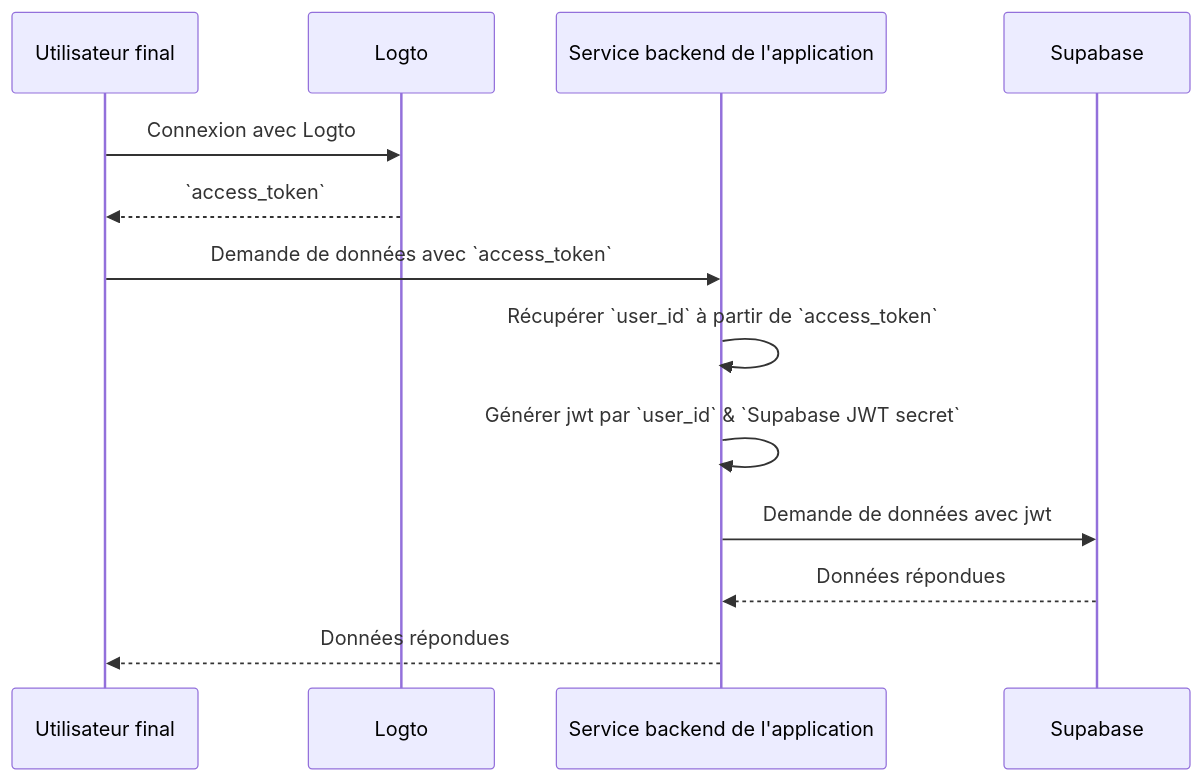
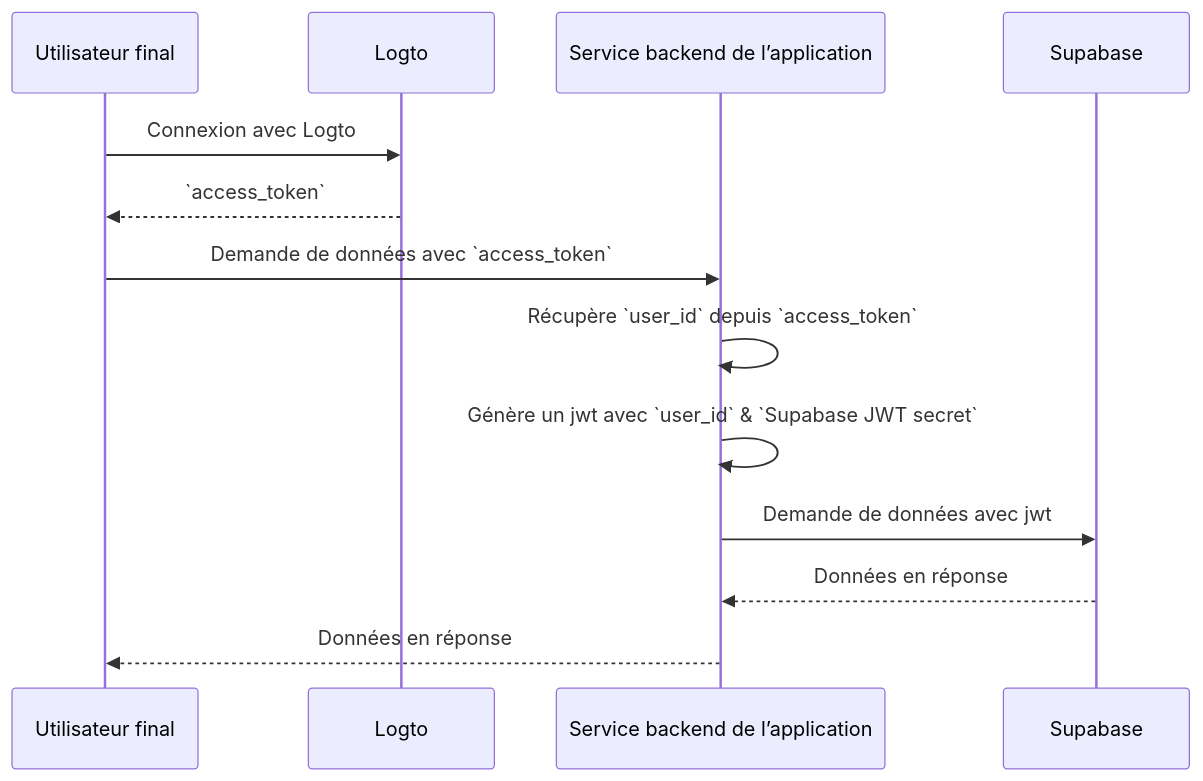
The diagram in i18n/fr/docusaurus-plugin-content-docs/current/quick-starts/database/supabase/README.mdx (logto-io/docs), drawn with Mermaid before and after one commit. The commit also changed other lines of this file and 357 other files, not shown here.

````diff
--- a/i18n/fr/docusaurus-plugin-content-docs/current/quick-starts/database/supabase/README.mdx
+++ b/i18n/fr/docusaurus-plugin-content-docs/current/quick-starts/database/supabase/README.mdx
@@ -110,16 +107,16 @@
 ```mermaid
 sequenceDiagram
 	Participant U as Utilisateur final
 	Participant Logto
-	Participant B as Service backend de l'application
+	Participant B as Service backend de l’application
 	Participant Supabase
 
 	U->>Logto: Connexion avec Logto
 	Logto-->>U: `access_token`
 	U->>B: Demande de données avec `access_token`
-	B->>B: Récupérer `user_id` à partir de `access_token`
-	B->>B: Générer jwt par `user_id` & `Supabase JWT secret`
+	B->>B: Récupère `user_id` depuis `access_token`
+	B->>B: Génère un jwt avec `user_id` & `Supabase JWT secret`
 	B->>Supabase: Demande de données avec jwt
-	Supabase-->>B: Données répondues
-	B-->>U: Données répondues
+	Supabase-->>B: Données en réponse
+	B-->>U: Données en réponse
 ```
````
